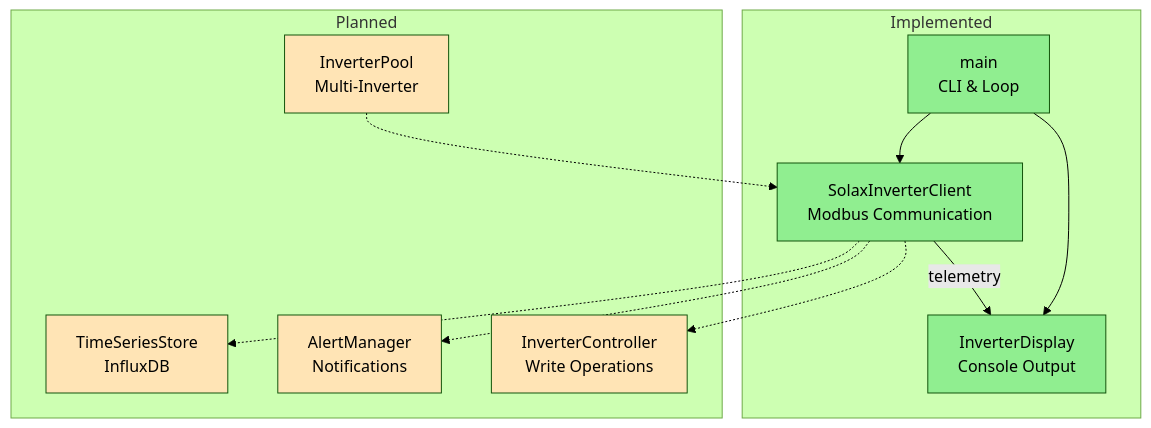
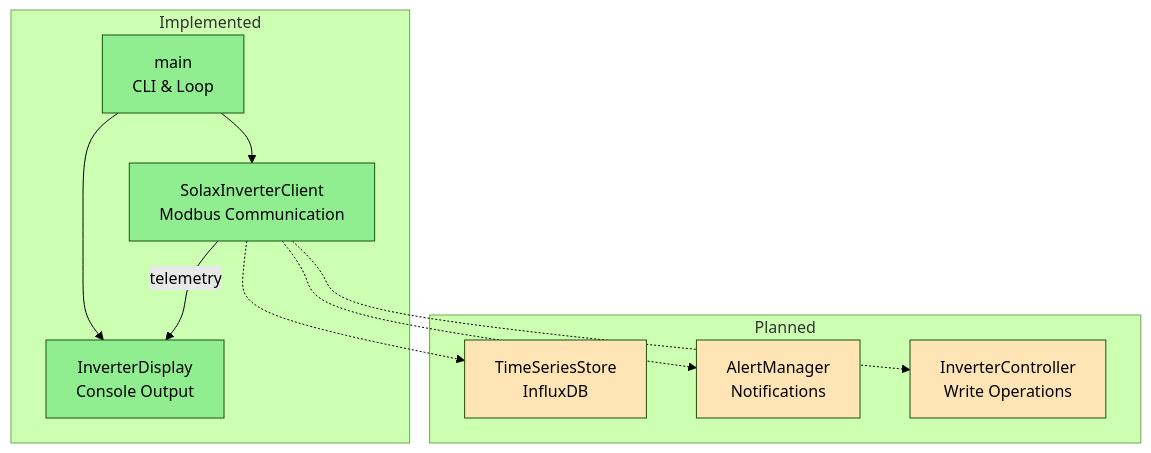
Before and after one commit to William12556/solax-modbus: the second of 4 diagrams in workspace/design/design-0000-master_solax-modbus.md, drawn with Mermaid (forest theme). The commit also changed other lines of this file and 6 other files, not shown here.

Commit message:
Removing multi-inverter fleet coordination requirement

````diff
--- a/workspace/design/design-0000-master_solax-modbus.md
+++ b/workspace/design/design-0000-master_solax-modbus.md
@@ -145,32 +143,29 @@
 ```mermaid
 flowchart TD
     subgraph "Implemented"
         CLI[main<br/>CLI & Loop]
         CLIENT[SolaxInverterClient<br/>Modbus Communication]
         DISPLAY[InverterDisplay<br/>Console Output]
     end
     
     subgraph "Planned"
         STORE[TimeSeriesStore<br/>InfluxDB]
         MONITOR[AlertManager<br/>Notifications]
         CONTROL[InverterController<br/>Write Operations]
-        COORD[InverterPool<br/>Multi-Inverter]
     end
     
     CLI --> CLIENT
     CLI --> DISPLAY
     CLIENT --> |telemetry| DISPLAY
     
     CLIENT -.-> STORE
     CLIENT -.-> MONITOR
     CLIENT -.-> CONTROL
-    COORD -.-> CLIENT
     
     style CLI fill:#90EE90
     style CLIENT fill:#90EE90
     style DISPLAY fill:#90EE90
     style STORE fill:#FFE4B5
     style MONITOR fill:#FFE4B5
     style CONTROL fill:#FFE4B5
-    style COORD fill:#FFE4B5
 ```
````
